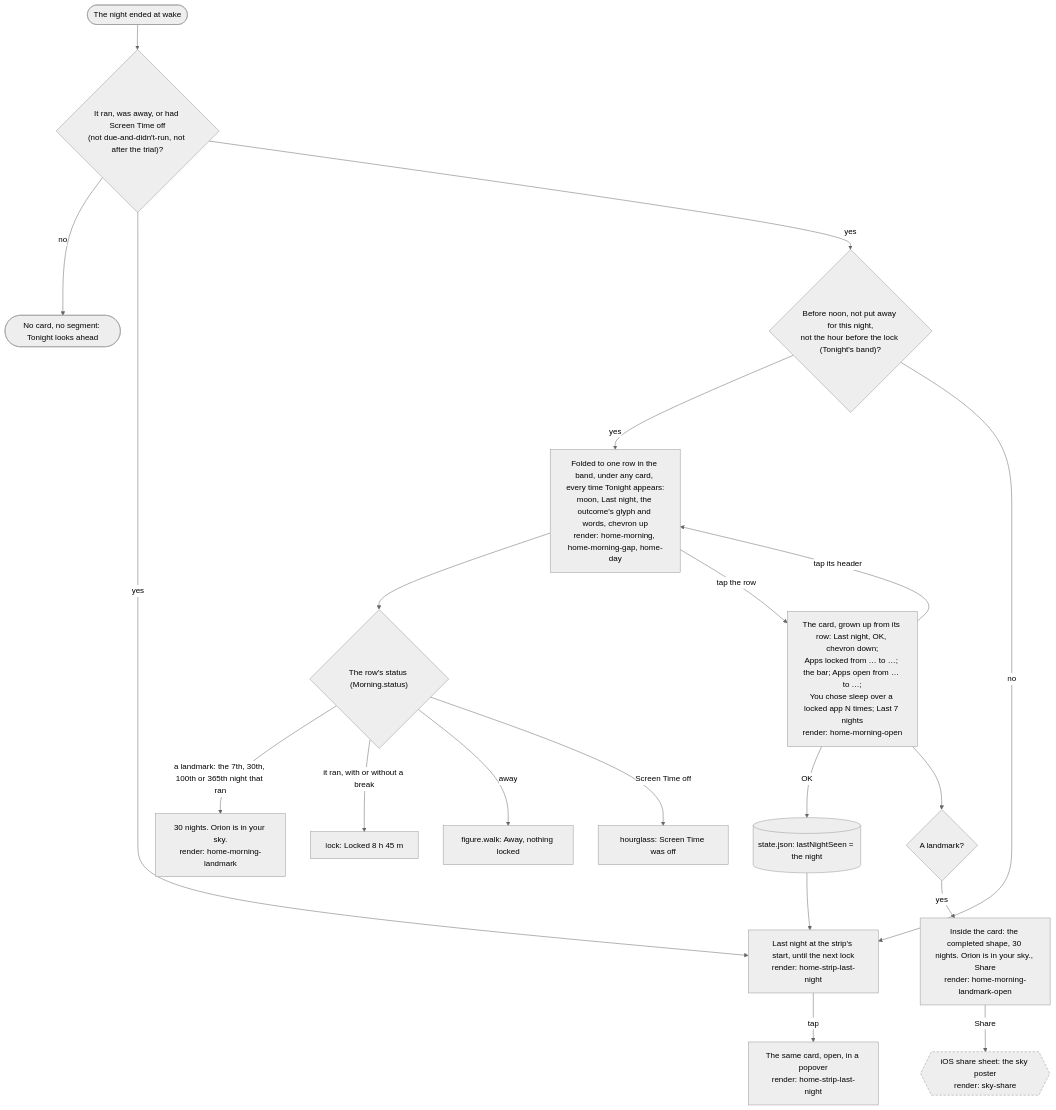
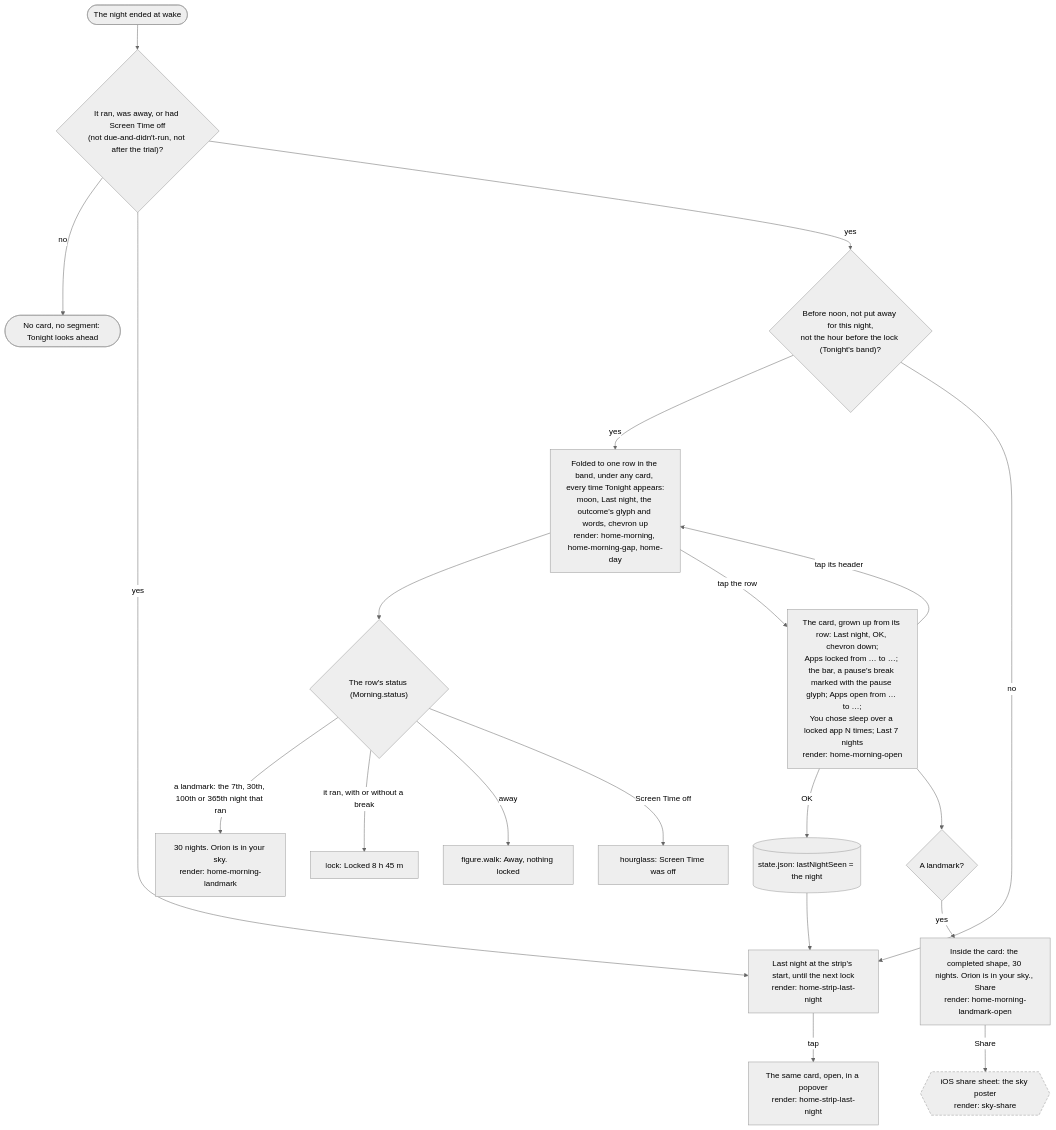
Before and after one commit to adit-rah/toll: the second of 6 diagrams in docs/flows/tonight.md, drawn with Mermaid (neutral theme). The commit also changed other lines of this file and 9 other files, not shown here.

First line of the commit message:
Flows and design for the polish: pause, purchase, map, Tonight, buffers, renders (#124, #129, #135, #141, #151)

````diff
--- a/docs/flows/tonight.md
+++ b/docs/flows/tonight.md
@@ -48,25 +49,25 @@
 ```mermaid
 flowchart TD
   ended(["The night ended at wake"]) --> facts{"It ran, was away, or had Screen Time off<br/>(not due-and-didn't-run, not after the trial)?"}
   facts -->|"no"| none(["No card, no segment: Tonight looks ahead"])
   facts -->|"yes"| strip["Last night at the strip's start, until the next lock<br/>render: home-strip-last-night"]
   facts -->|"yes"| morningCheck{"Before noon, not put away for this night,<br/>not the hour before the lock (Tonight's band)?"}
   morningCheck -->|"yes"| row["Folded to one row in the band, under any card, every time Tonight appears:<br/>moon, Last night, the outcome's glyph and words, chevron up<br/>render: home-morning, home-morning-gap, home-day"]
   morningCheck -->|"no"| strip
   row --> status{"The row's status (Morning.status)"}
   status -->|"a landmark: the 7th, 30th, 100th or 365th night that ran"| statusLandmark["30 nights. Orion is in your sky.<br/>render: home-morning-landmark"]
   status -->|"it ran, with or without a break"| statusRan["lock: Locked 8 h 45 m"]
   status -->|"away"| statusAway["figure.walk: Away, nothing locked"]
   status -->|"Screen Time off"| statusOff["hourglass: Screen Time was off"]
-  row -->|"tap the row"| card["The card, grown up from its row: Last night, OK, chevron down;<br/>Apps locked from … to …; the bar; Apps open from … to …;<br/>You chose sleep over a locked app N times; Last 7 nights<br/>render: home-morning-open"]
+  row -->|"tap the row"| card["The card, grown up from its row: Last night, OK, chevron down;<br/>Apps locked from … to …; the bar, a pause's break marked with the pause glyph; Apps open from … to …;<br/>You chose sleep over a locked app N times; Last 7 nights<br/>render: home-morning-open"]
   card -->|"tap its header"| row
   card -->|"OK"| seen[("state.json: lastNightSeen = the night")]
   seen --> strip
   strip -->|"tap"| popover["The same card, open, in a popover<br/>render: home-strip-last-night"]
   card --> landmark{"A landmark?"}
   landmark -->|"yes"| landmarkLine["Inside the card: the completed shape, 30 nights. Orion is in your sky., Share<br/>render: home-morning-landmark-open"]
   landmarkLine -->|"Share"| share{{"iOS share sheet: the sky poster<br/>render: sky-share"}}
 
   classDef system stroke-dasharray: 5 3
   class share system
 ```
````
